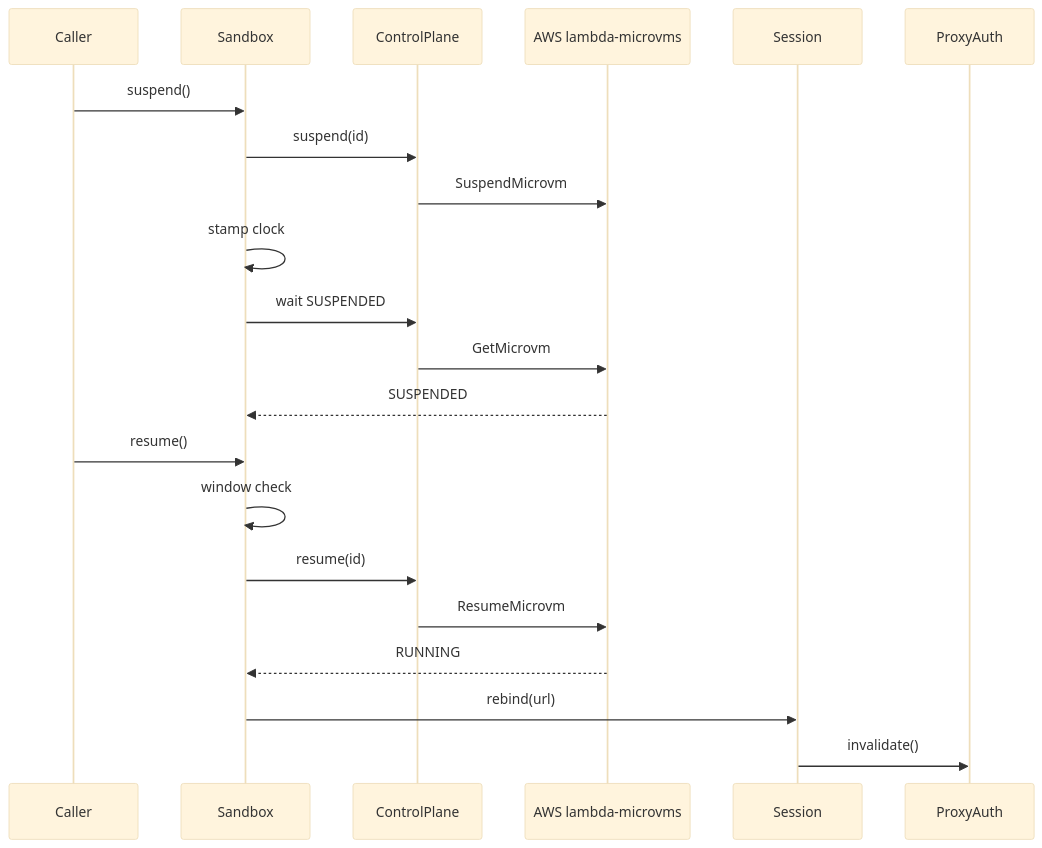
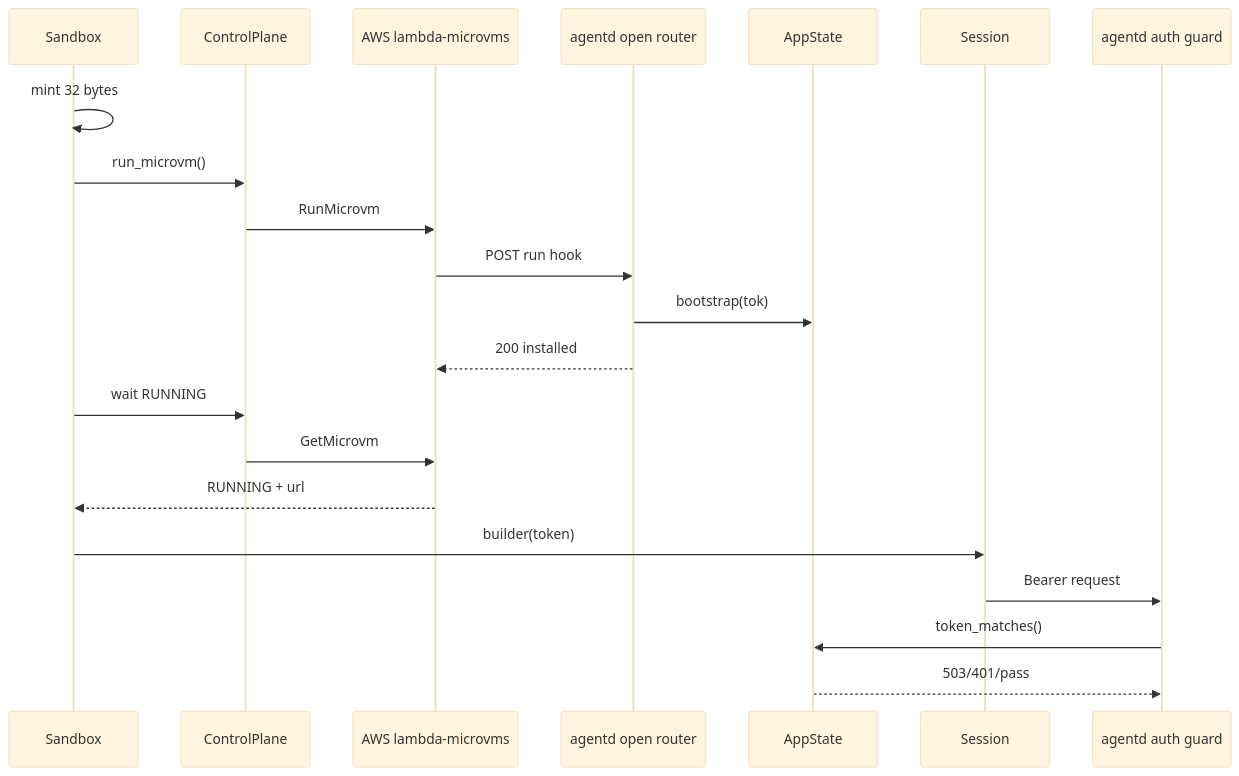
Before and after one commit to theagenticguy/microvms-agentd: the third of 3 diagrams in docs/diagrams/behavioral/sequences.md, drawn with Mermaid (base theme). The commit also changed other lines of this file and 19 other files, not shown here.

````diff
--- a/docs/diagrams/behavioral/sequences.md
+++ b/docs/diagrams/behavioral/sequences.md
@@ -59,24 +161,24 @@
 ```mermaid
 sequenceDiagram
-    participant Caller
     participant Sandbox
     participant Plane as ControlPlane
     participant AWS as AWS lambda-microvms
+    participant Hook as agentd open router
+    participant State as AppState
     participant Session
-    participant Auth as ProxyAuth
+    participant Guard as agentd auth guard
 
-    Caller ->> Sandbox: suspend()
-    Sandbox ->> Plane: suspend(id)
-    Plane ->> AWS: SuspendMicrovm
-    Sandbox ->> Sandbox: stamp clock
-    Sandbox ->> Plane: wait SUSPENDED
+    Sandbox ->> Sandbox: mint 32 bytes
+    Sandbox ->> Plane: run_microvm()
+    Plane ->> AWS: RunMicrovm
+    AWS ->> Hook: POST run hook
+    Hook ->> State: bootstrap(tok)
+    Hook -->> AWS: 200 installed
+    Sandbox ->> Plane: wait RUNNING
     Plane ->> AWS: GetMicrovm
-    AWS -->> Sandbox: SUSPENDED
-    Caller ->> Sandbox: resume()
-    Sandbox ->> Sandbox: window check
-    Sandbox ->> Plane: resume(id)
-    Plane ->> AWS: ResumeMicrovm
-    AWS -->> Sandbox: RUNNING
-    Sandbox ->> Session: rebind(url)
-    Session ->> Auth: invalidate()
+    AWS -->> Sandbox: RUNNING + url
+    Sandbox ->> Session: builder(token)
+    Session ->> Guard: Bearer request
+    Guard ->> State: token_matches()
+    State -->> Guard: 503/401/pass
 ```
````
